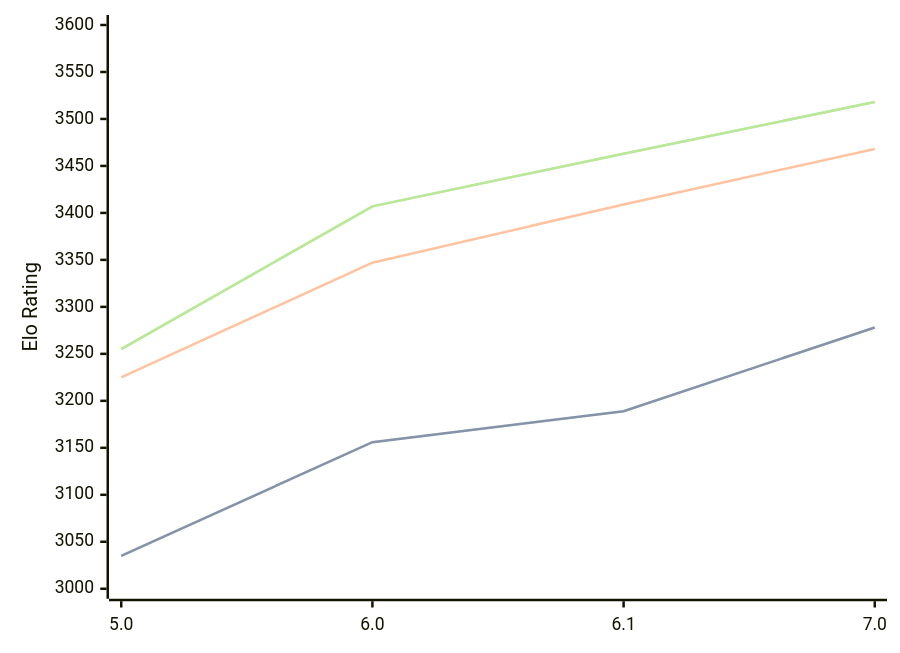
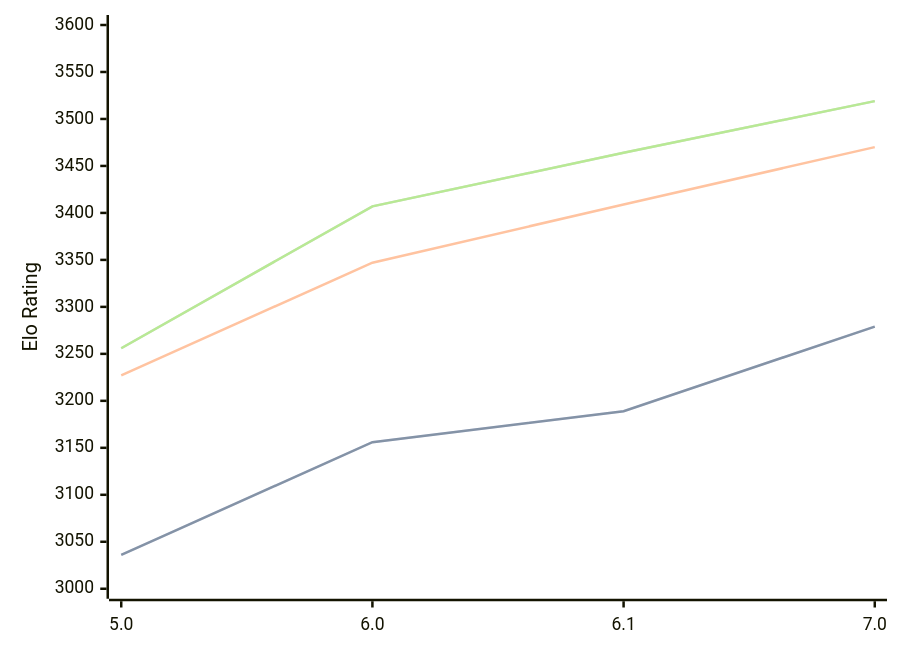
The diagram in engines/PZChessBot.md (computer-chess-index/cci), drawn with Mermaid before and after one commit. The commit also changed other lines of this file, not shown here.

Commit message:
Update CCI Ratings (ELO VLTC) - 2026-05-22

````diff
--- a/engines/PZChessBot.md
+++ b/engines/PZChessBot.md
@@ -43,11 +43,11 @@
 ```mermaid
 %%{init: {"theme":"base","themeVariables":{"seriesColors:['#a3a3a3','#222221','#faa371']}}}%%
 xychart-beta
   x-axis ["5.0", "6.0", "6.1", "7.0"]
   y-axis "Elo Rating" 3000 --> 3600
-  line "STC (8.0+0.08s)" [3035, 3156, 3189, 3278]
-  line "STC (8.0+0.08s)" [3035, 3156, 3189, 3278]
-  line "LTC (60.0+0.60s)" [3225, 3347, 3409, 3468]
-  line "VLTC (2m24s+1.12s)" [3255, 3407, 3463, 3518]
-  line "VLTC (2m24s+1.12s)" [3255, 3407, 3463, 3518]
+  line "STC (8.0+0.08s)" [3036, 3156, 3189, 3279]
+  line "STC (8.0+0.08s)" [3036, 3156, 3189, 3279]
+  line "LTC (60.0+0.60s)" [3227, 3347, 3409, 3470]
+  line "VLTC (2m24s+1.12s)" [3256, 3407, 3464, 3519]
+  line "VLTC (2m24s+1.12s)" [3256, 3407, 3464, 3519]
 ```
````
